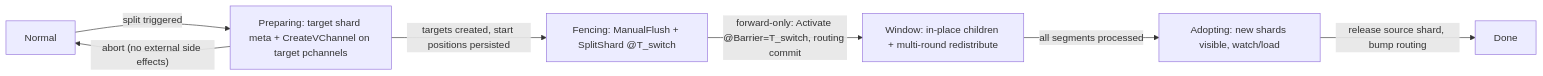
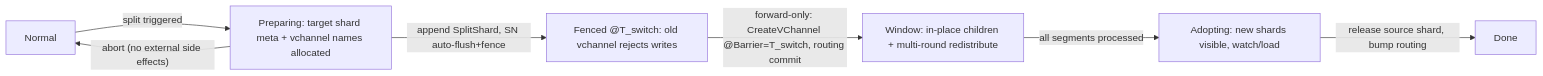
Before and after one commit to milvus-io/milvus: the first of 4 diagrams in docs/design-docs/design_docs/20260610-shard_split.md, drawn with Mermaid. The commit also changed other lines of this file, not shown here.

First line of the commit message:
doc: switch shard split to fence-first ordering

````diff
--- a/docs/design-docs/design_docs/20260610-shard_split.md
+++ b/docs/design-docs/design_docs/20260610-shard_split.md
@@ -219,9 +233,9 @@
 ```mermaid
 flowchart LR
-    IDLE["Normal"] -->|"split triggered"| PREP["Preparing: target shard meta + CreateVChannel on target pchannels"]
+    IDLE["Normal"] -->|"split triggered"| PREP["Preparing: target shard meta + vchannel names allocated"]
     PREP -->|"abort (no external side effects)"| IDLE
-    PREP -->|"targets created, start positions persisted"| FENCE["Fencing: ManualFlush + SplitShard @T_switch"]
-    FENCE -->|"forward-only: Activate @Barrier=T_switch, routing commit"| WIN["Window: in-place children + multi-round redistribute"]
+    PREP -->|"append SplitShard, SN auto-flush+fence"| FENCE["Fenced @T_switch: old vchannel rejects writes"]
+    FENCE -->|"forward-only: CreateVChannel @Barrier=T_switch, routing commit"| WIN["Window: in-place children + multi-round redistribute"]
     WIN -->|"all segments processed"| ADOPT["Adopting: new shards visible, watch/load"]
     ADOPT -->|"release source shard, bump routing"| DONE["Done"]
 ```
````
